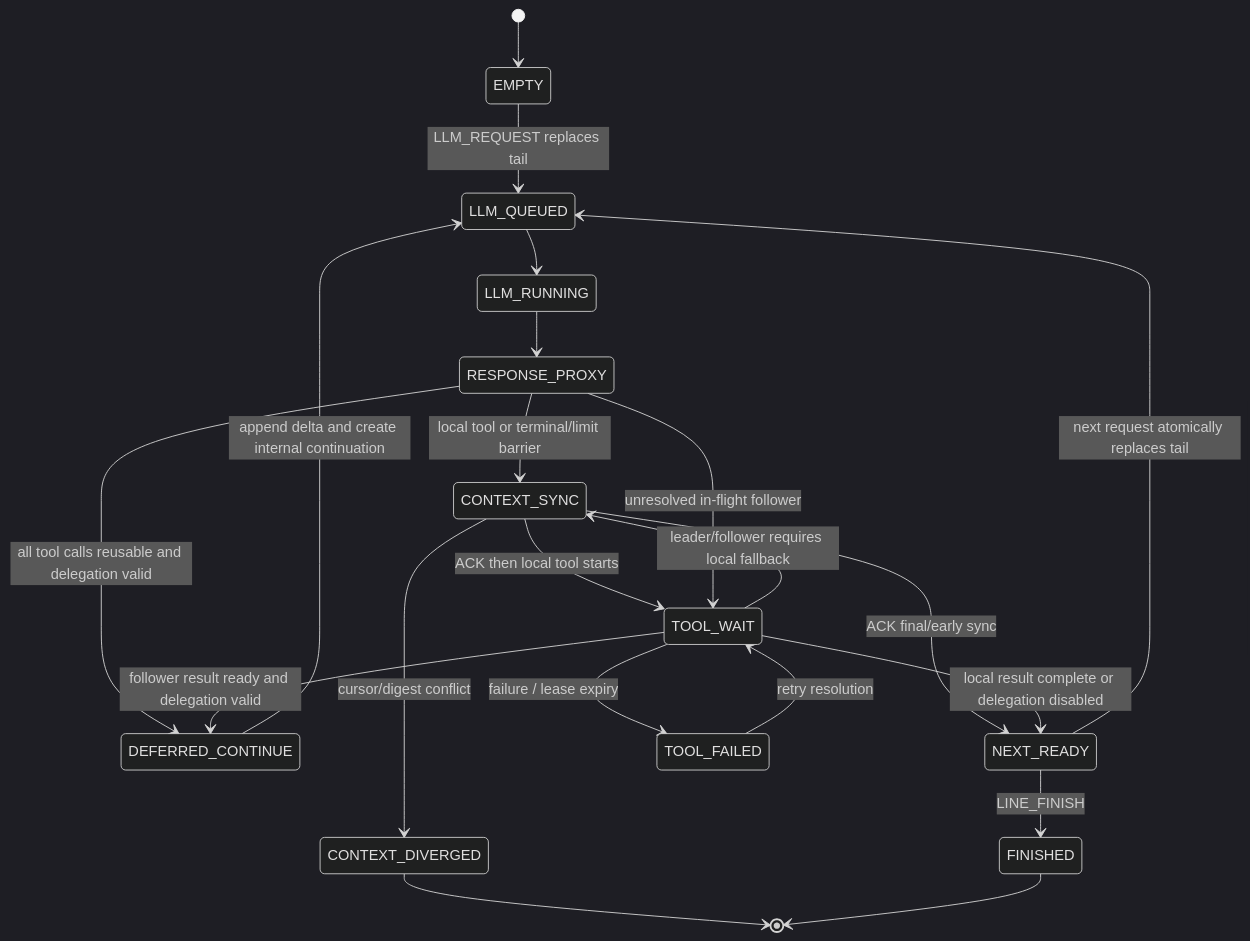
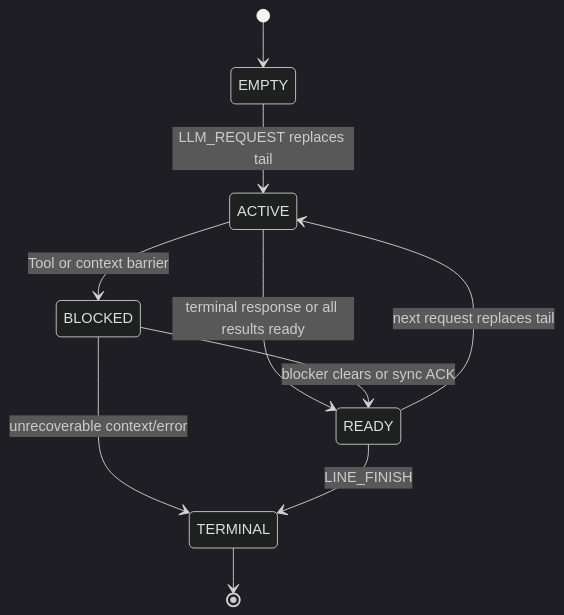
One commit to MYST000/flowpilot changed the second of 2 diagrams in design.md. Above: the diagram before and after it, drawn with Mermaid (dark theme). The commit also changed other lines of this file and 22 other files, not shown here.

````diff
--- a/design.md
+++ b/design.md
@@ -1010,23 +822,12 @@
 ```mermaid
 stateDiagram-v2
     [*] --> EMPTY
-    EMPTY --> LLM_QUEUED: LLM_REQUEST replaces tail
-    LLM_QUEUED --> LLM_RUNNING
-    LLM_RUNNING --> RESPONSE_PROXY
-    RESPONSE_PROXY --> DEFERRED_CONTINUE: all tool calls reusable and delegation valid
-    DEFERRED_CONTINUE --> LLM_QUEUED: append delta and create internal continuation
-    RESPONSE_PROXY --> CONTEXT_SYNC: local tool or terminal/limit barrier
-    TOOL_WAIT --> DEFERRED_CONTINUE: follower result ready and delegation valid
-    TOOL_WAIT --> CONTEXT_SYNC: leader/follower requires local fallback
-    CONTEXT_SYNC --> TOOL_WAIT: ACK then local tool starts
-    CONTEXT_SYNC --> NEXT_READY: ACK final/early sync
-    CONTEXT_SYNC --> CONTEXT_DIVERGED: cursor/digest conflict
-    CONTEXT_DIVERGED --> [*]
-    RESPONSE_PROXY --> TOOL_WAIT: unresolved in-flight follower
-    TOOL_WAIT --> NEXT_READY: local result complete or delegation disabled
-    TOOL_WAIT --> TOOL_FAILED: failure / lease expiry
-    TOOL_FAILED --> TOOL_WAIT: retry resolution
-    NEXT_READY --> LLM_QUEUED: next request atomically replaces tail
-    NEXT_READY --> FINISHED: LINE_FINISH
-    FINISHED --> [*]
+    EMPTY --> ACTIVE: LLM_REQUEST replaces tail
+    ACTIVE --> BLOCKED: Tool or context barrier
+    ACTIVE --> READY: terminal response or all results ready
+    BLOCKED --> READY: blocker clears or sync ACK
+    BLOCKED --> TERMINAL: unrecoverable context/error
+    READY --> ACTIVE: next request replaces tail
+    READY --> TERMINAL: LINE_FINISH
+    TERMINAL --> [*]
 ```
````
